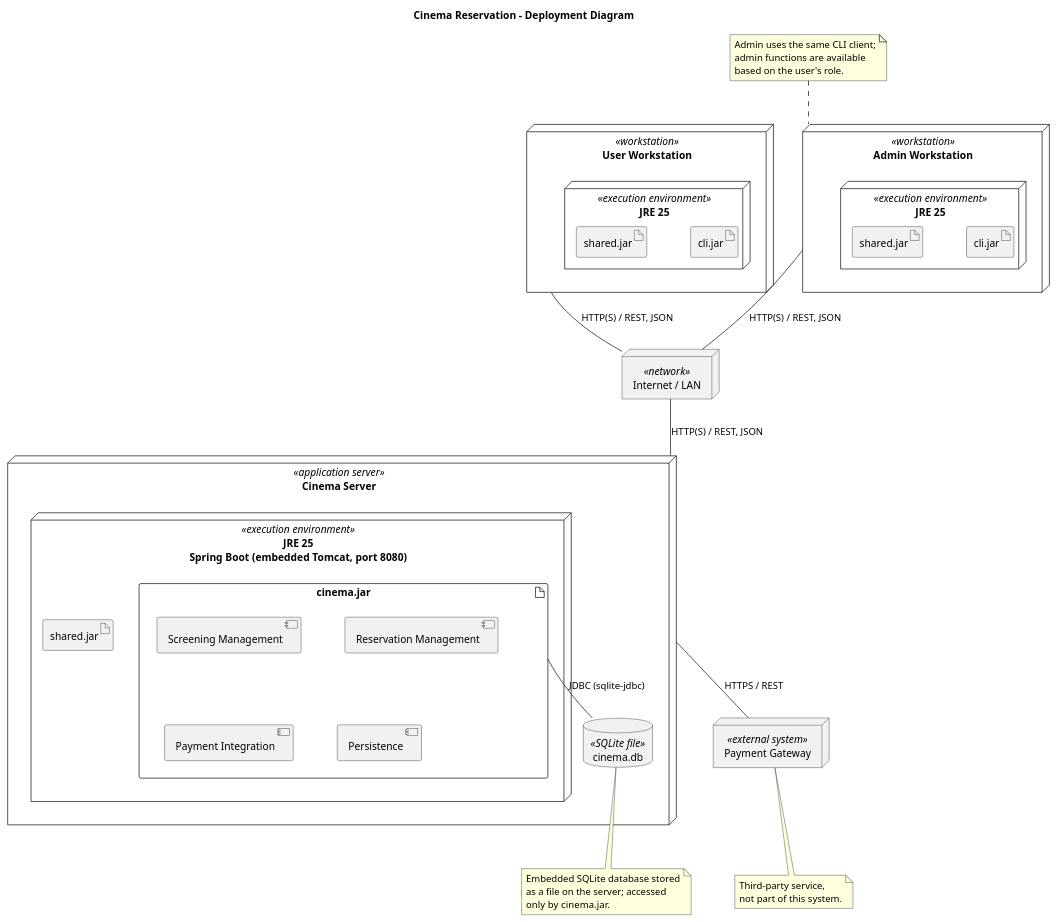
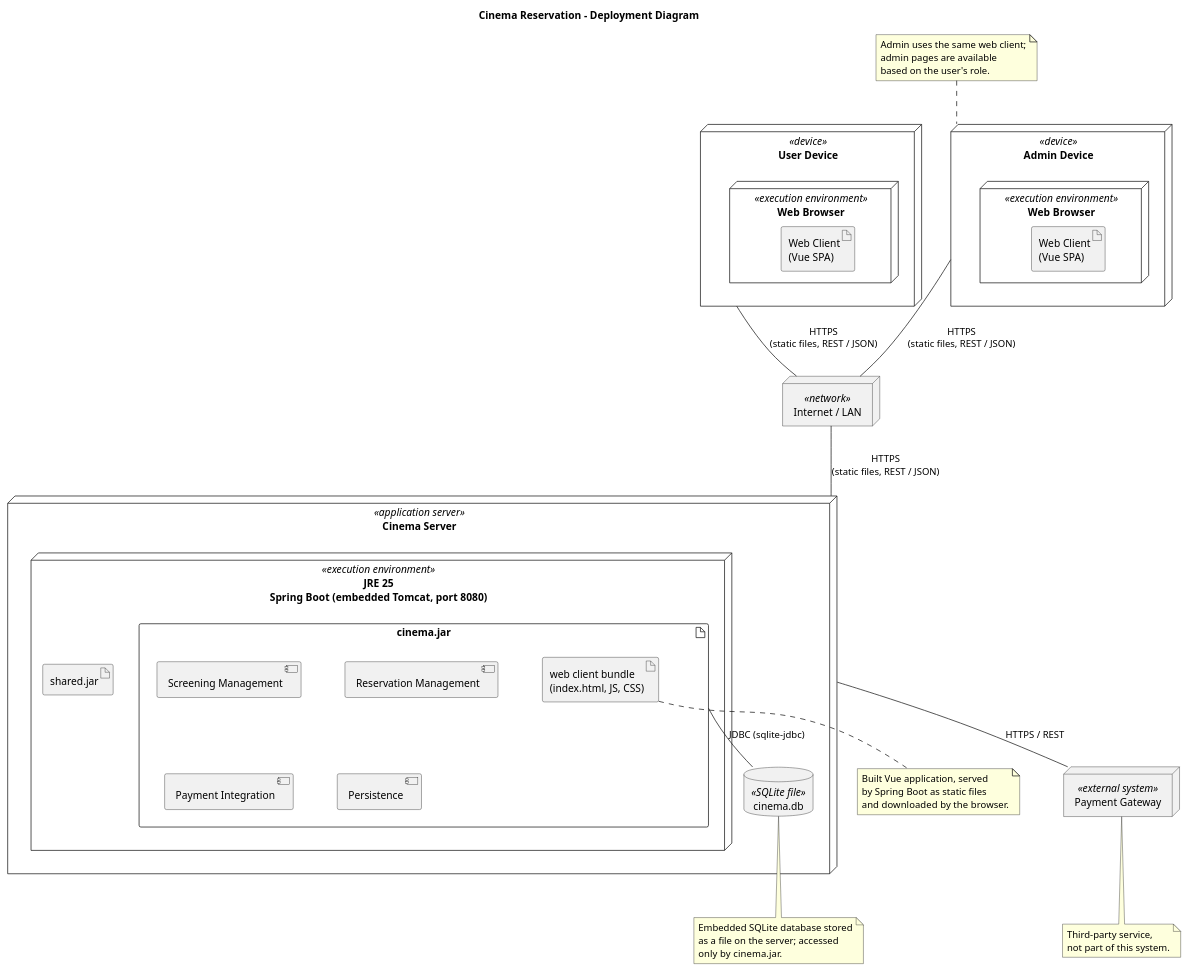
One commit to MatinoTekkit/swi_cinema changed the diagram in diagrams/Deployment/DeploymentDiagram.puml. Above: the diagram before and after it, drawn with PlantUML. The commit also changed 6 other files, not shown here.

Commit message:
fe should be web client

```diff
--- a/diagrams/Deployment/DeploymentDiagram.puml
+++ b/diagrams/Deployment/DeploymentDiagram.puml
@@ -1,71 +1,76 @@
 @startuml DeploymentDiagram
 
 title Cinema Reservation - Deployment Diagram
 
 skinparam shadowing false
 skinparam nodesep 60
 skinparam ranksep 70
 
 
-node "User Workstation" <<workstation>> as UserPc {
-    node "JRE 25" <<execution environment>> as UserJre {
-        artifact "cli.jar" as UserCli
-        artifact "shared.jar" as UserShared
+node "User Device" <<device>> as UserPc {
+    node "Web Browser" <<execution environment>> as UserBrowser {
+        artifact "Web Client\n(Vue SPA)" as UserWeb
     }
 }
 
-node "Admin Workstation" <<workstation>> as AdminPc {
-    node "JRE 25" <<execution environment>> as AdminJre {
-        artifact "cli.jar" as AdminCli
-        artifact "shared.jar" as AdminShared
+node "Admin Device" <<device>> as AdminPc {
+    node "Web Browser" <<execution environment>> as AdminBrowser {
+        artifact "Web Client\n(Vue SPA)" as AdminWeb
     }
 }
 
 
 node "Internet / LAN" <<network>> as Network
 
 
 node "Cinema Server" <<application server>> as ServerNode {
     node "JRE 25\nSpring Boot (embedded Tomcat, port 8080)" <<execution environment>> as ServerJre {
         artifact "cinema.jar" as ServerJar {
             component "Screening Management"
             component "Reservation Management"
             component "Payment Integration"
             component "Persistence"
+            artifact "web client bundle\n(index.html, JS, CSS)" as WebBundle
         }
         artifact "shared.jar" as ServerShared
     }
 
     database "cinema.db" <<SQLite file>> as Db
 }
 
 
 node "Payment Gateway" <<external system>> as PaymentGateway
 
 
-UserPc -- Network : HTTP(S) / REST, JSON
-AdminPc -- Network : HTTP(S) / REST, JSON
-Network -- ServerNode : HTTP(S) / REST, JSON
+UserPc -- Network : HTTPS\n(static files, REST / JSON)
+AdminPc -- Network : HTTPS\n(static files, REST / JSON)
+Network -- ServerNode : HTTPS\n(static files, REST / JSON)
 
 ServerJar -- Db : JDBC (sqlite-jdbc)
 ServerNode -- PaymentGateway : HTTPS / REST
 
+
+note bottom of WebBundle
+    Built Vue application, served
+    by Spring Boot as static files
+    and downloaded by the browser.
+end note
 
 note bottom of Db
     Embedded SQLite database stored
     as a file on the server; accessed
     only by cinema.jar.
 end note
 
 note bottom of PaymentGateway
     Third-party service,
     not part of this system.
 end note
 
 note top of AdminPc
-    Admin uses the same CLI client;
-    admin functions are available
+    Admin uses the same web client;
+    admin pages are available
     based on the user's role.
 end note
 
 @enduml
```
